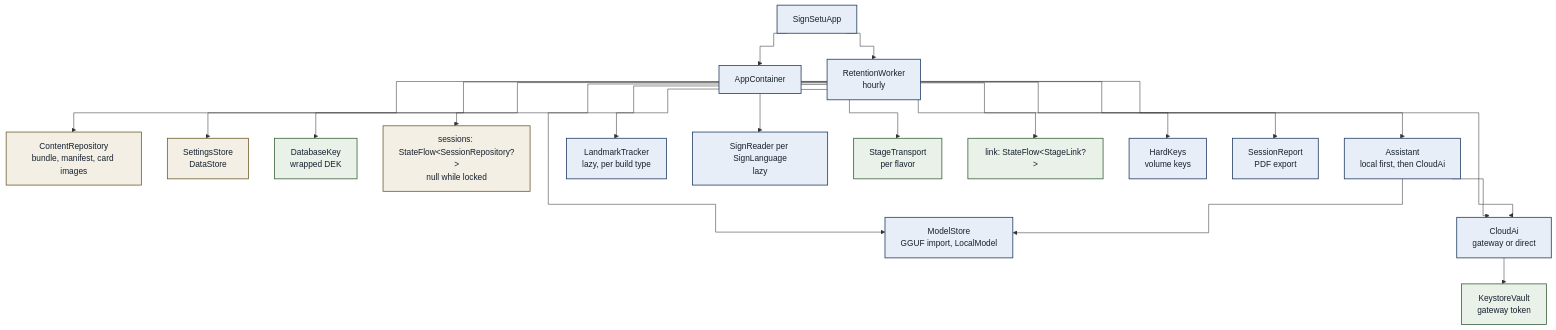
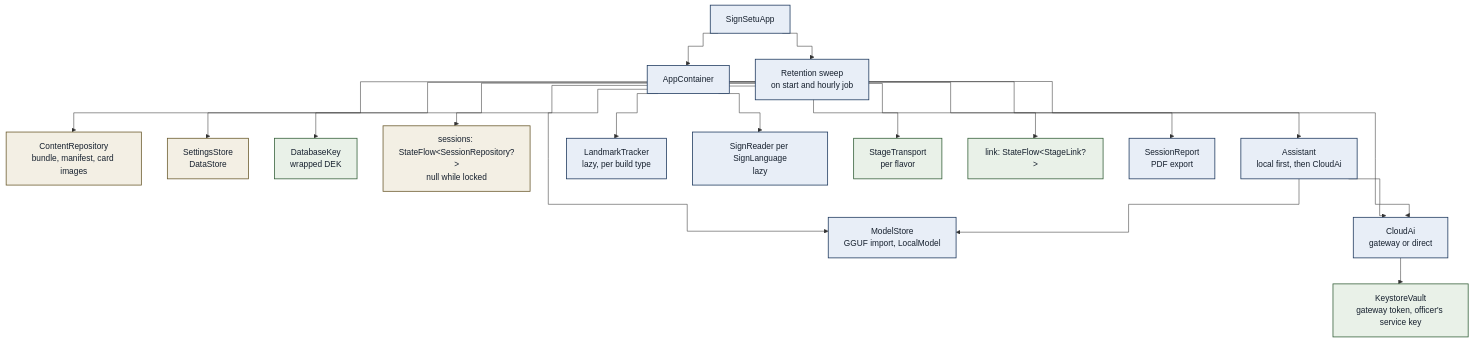
One commit to CiValidator/SScivalidator changed the second of 16 diagrams in docs/02-architecture.md. Above: the diagram before and after it, drawn with Mermaid. The commit also changed other lines of this file and 83 other files, not shown here.

````diff
--- a/docs/02-architecture.md
+++ b/docs/02-architecture.md
@@ -83,25 +83,24 @@
 ```mermaid
 %%{init: {"flowchart": {"curve": "step"}}}%%
 flowchart TB
     APPL["SignSetuApp"]:::comp --> C["AppContainer"]:::comp
     C --> CR["ContentRepository<br/>bundle, manifest, card images"]:::data
     C --> SS["SettingsStore<br/>DataStore"]:::data
     C --> DK["DatabaseKey<br/>wrapped DEK"]:::sec
     C --> SR["sessions: StateFlow&lt;SessionRepository?&gt;<br/>null while locked"]:::data
     C --> MS["ModelStore<br/>GGUF import, LocalModel"]:::comp
     C --> CA["CloudAi<br/>gateway or direct"]:::comp
     C --> AS["Assistant<br/>local first, then CloudAi"]:::comp
     C --> LT["LandmarkTracker<br/>lazy, per build type"]:::comp
     C --> RD["SignReader per SignLanguage<br/>lazy"]:::comp
     C --> PT["StageTransport<br/>per flavor"]:::sec
     C --> LK["link: StateFlow&lt;StageLink?&gt;"]:::sec
-    C --> HK["HardKeys<br/>volume keys"]:::comp
     C --> REP["SessionReport<br/>PDF export"]:::comp
-    APPL --> RW["RetentionWorker<br/>hourly"]:::comp
-    CA --> TV["KeystoreVault<br/>gateway token"]:::sec
+    APPL --> RW["Retention sweep<br/>on start and hourly job"]:::comp
+    CA --> TV["KeystoreVault<br/>gateway token, officer's service key"]:::sec
     AS --> MS
     AS --> CA
     classDef comp fill:#e8eef7,stroke:#1f3a5f,stroke-width:1.5px,color:#16202e
     classDef data fill:#f3efe4,stroke:#6b5b2e,stroke-width:1.5px,color:#16202e
     classDef sec fill:#e9f1e8,stroke:#35603a,stroke-width:1.5px,color:#16202e
 ```
````
